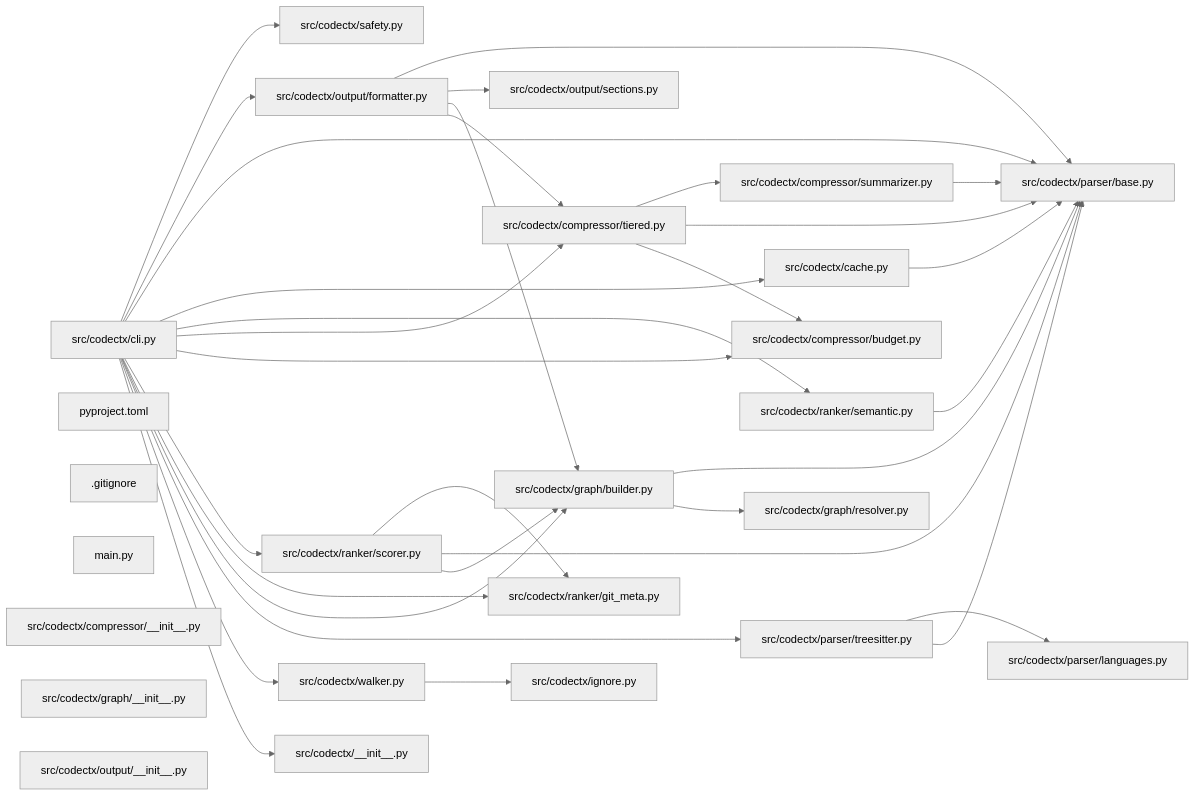
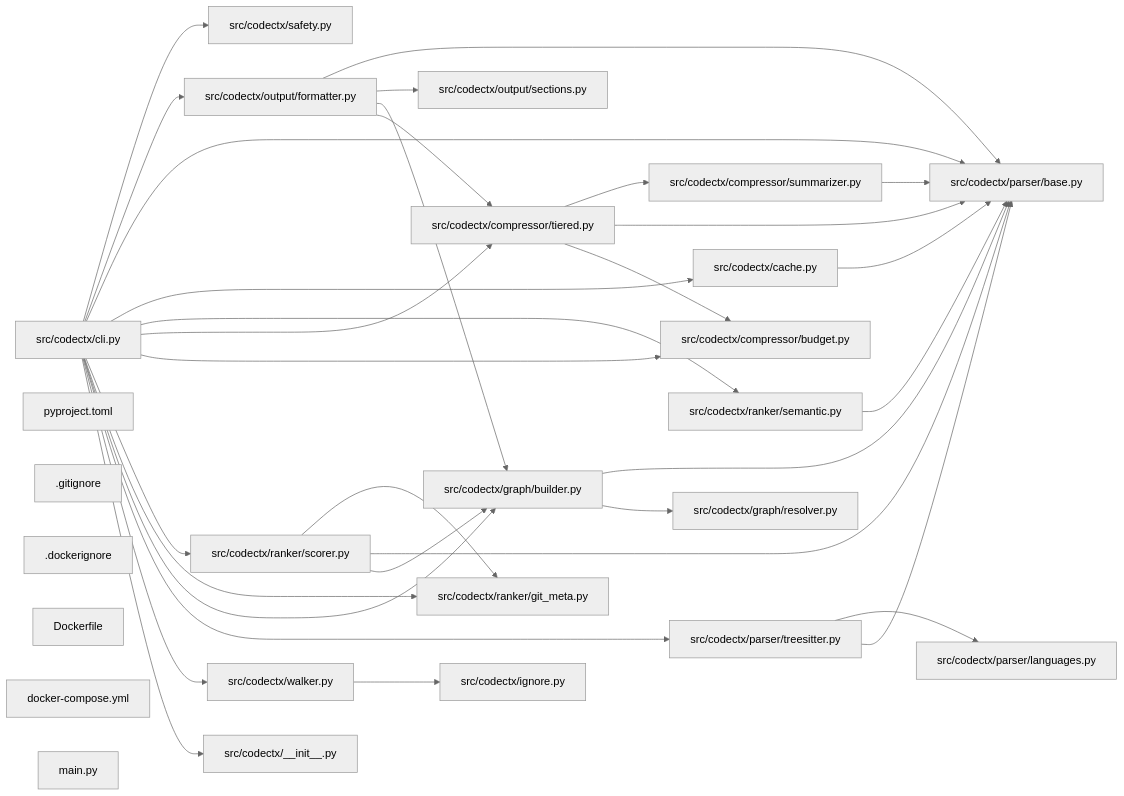
One commit to hey-granth/codectx changed the diagram in CONTEXT.md. Above: the diagram before and after it, drawn with Mermaid (neutral theme). The commit also changed other lines of this file and 4 other files, not shown here.

Commit message:
fix(docker): ensure compose uses local build instead of pulling remote image

````diff
--- a/CONTEXT.md
+++ b/CONTEXT.md
@@ -869,59 +917,59 @@
 ```mermaid
 graph LR
-    f0["src/codectx/cli.py"]
-    f1["src/codectx/output/formatter.py"]
-    f2["src/codectx/graph/builder.py"]
-    f3["src/codectx/ranker/scorer.py"]
-    f4["src/codectx/parser/base.py"]
-    f5["src/codectx/walker.py"]
+    f0["src/codectx/parser/base.py"]
+    f1["src/codectx/cli.py"]
+    f2["src/codectx/output/formatter.py"]
+    f3["src/codectx/graph/builder.py"]
+    f4["src/codectx/parser/treesitter.py"]
+    f5["src/codectx/ranker/scorer.py"]
     f6["src/codectx/compressor/tiered.py"]
-    f7["src/codectx/ranker/git_meta.py"]
-    f8["src/codectx/parser/treesitter.py"]
-    f9["src/codectx/ranker/semantic.py"]
-    f10["pyproject.toml"]
+    f7["src/codectx/walker.py"]
+    f8["src/codectx/ranker/git_meta.py"]
+    f9["pyproject.toml"]
+    f10["src/codectx/ranker/semantic.py"]
     f11["src/codectx/cache.py"]
-    f12["src/codectx/graph/resolver.py"]
-    f13["src/codectx/output/sections.py"]
-    f14["src/codectx/compressor/budget.py"]
-    f15["src/codectx/__init__.py"]
-    f16["src/codectx/parser/languages.py"]
+    f12["src/codectx/parser/languages.py"]
+    f13["src/codectx/graph/resolver.py"]
+    f14["src/codectx/output/sections.py"]
+    f15["src/codectx/compressor/budget.py"]
+    f16["src/codectx/__init__.py"]
     f17[".gitignore"]
     f18["src/codectx/compressor/summarizer.py"]
-    f19["main.py"]
-    f20["src/codectx/ignore.py"]
-    f21["src/codectx/safety.py"]
-    f22["src/codectx/compressor/__init__.py"]
-    f23["src/codectx/graph/__init__.py"]
-    f24["src/codectx/output/__init__.py"]
-    f0 --> f21
-    f0 --> f1
-    f0 --> f4
-    f0 --> f11
-    f0 --> f9
-    f0 --> f6
-    f0 --> f14
-    f0 --> f3
-    f0 --> f7
-    f0 --> f2
-    f0 --> f8
-    f0 --> f5
-    f0 --> f15
+    f19[".dockerignore"]
+    f20["Dockerfile"]
+    f21["docker-compose.yml"]
+    f22["main.py"]
+    f23["src/codectx/ignore.py"]
+    f24["src/codectx/safety.py"]
+    f1 --> f24
+    f1 --> f2
+    f1 --> f0
+    f1 --> f11
+    f1 --> f10
+    f1 --> f6
+    f1 --> f15
+    f1 --> f5
+    f1 --> f8
+    f1 --> f3
     f1 --> f4
-    f1 --> f13
-    f1 --> f2
-    f1 --> f6
-    f2 --> f4
-    f2 --> f12
-    f3 --> f7
-    f3 --> f4
-    f3 --> f2
-    f5 --> f20
+    f1 --> f7
+    f1 --> f16
+    f2 --> f0
+    f2 --> f14
+    f2 --> f3
+    f2 --> f6
+    f3 --> f0
+    f3 --> f13
+    f4 --> f12
+    f4 --> f0
+    f5 --> f8
+    f5 --> f0
+    f5 --> f3
     f6 --> f18
-    f6 --> f4
-    f6 --> f14
-    f8 --> f16
-    f8 --> f4
-    f9 --> f4
-    f11 --> f4
-    f18 --> f4
+    f6 --> f0
+    f6 --> f15
+    f7 --> f23
+    f10 --> f0
+    f11 --> f0
+    f18 --> f0
 ```
````
